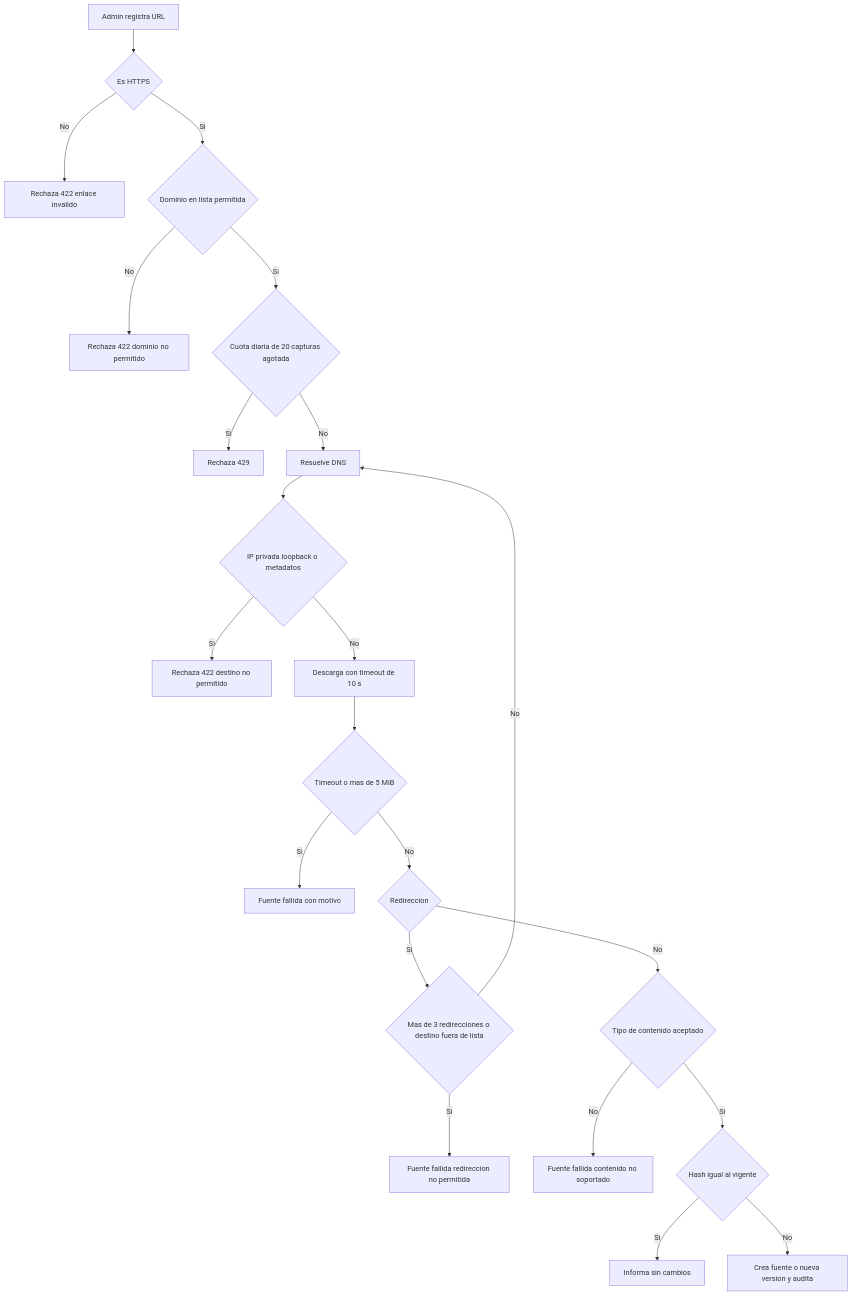
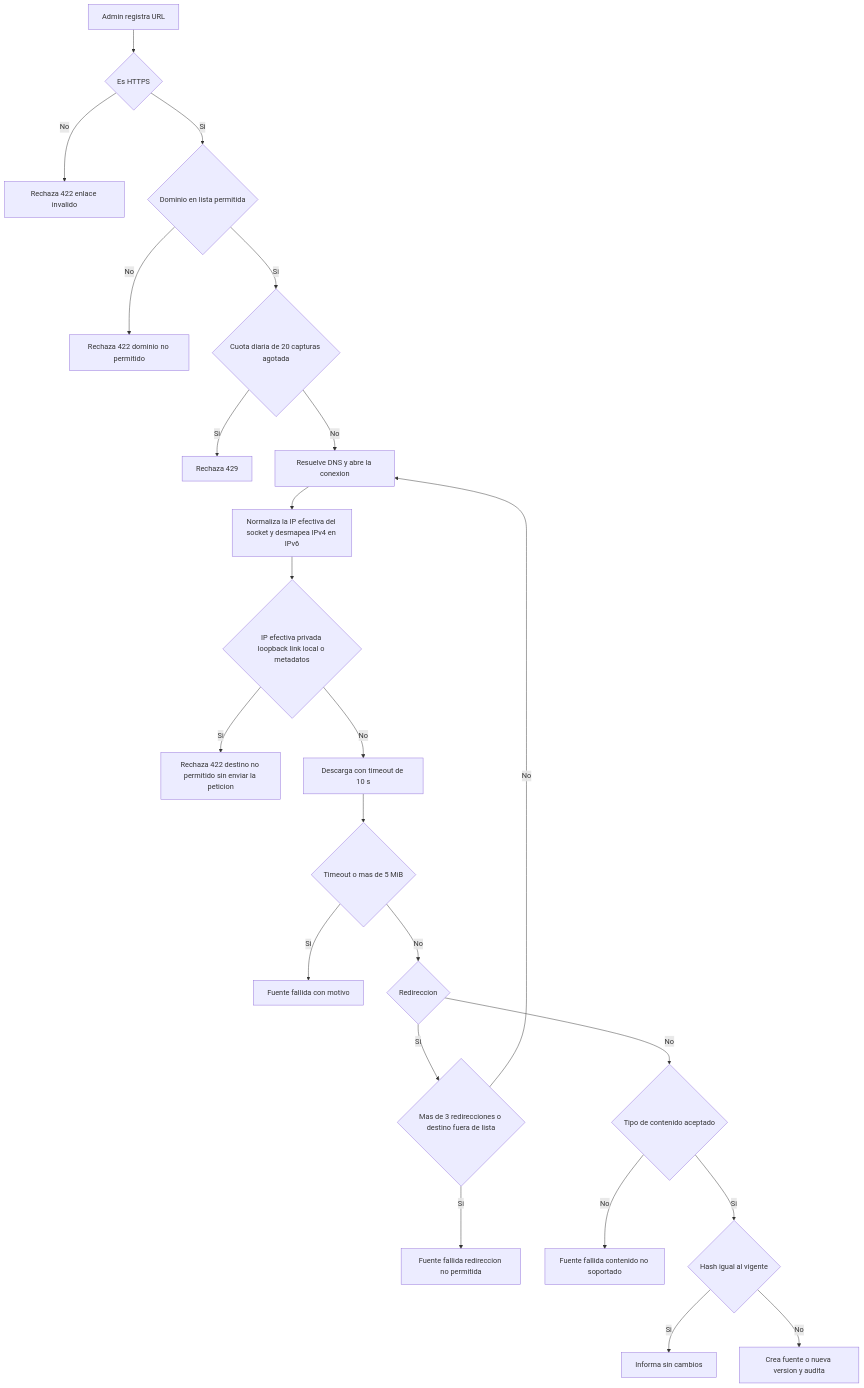
One commit to bacsystem/learning changed the diagram in docs/stories/serums-ia/E2-04-ingesta-url.md. Above: the diagram before and after it, drawn with Mermaid. The commit also changed other lines of this file and 11 other files, not shown here.

````diff
--- a/docs/stories/serums-ia/E2-04-ingesta-url.md
+++ b/docs/stories/serums-ia/E2-04-ingesta-url.md
@@ -28,24 +31,25 @@
 ```mermaid
 flowchart TD
   A[Admin registra URL] --> B{Es HTTPS}
   B -- No --> X1[Rechaza 422 enlace invalido]
   B -- Si --> C{Dominio en lista permitida}
   C -- No --> X2[Rechaza 422 dominio no permitido]
   C -- Si --> D{Cuota diaria de 20 capturas agotada}
   D -- Si --> X3[Rechaza 429]
-  D -- No --> E[Resuelve DNS]
-  E --> F{IP privada loopback o metadatos}
-  F -- Si --> X4[Rechaza 422 destino no permitido]
+  D -- No --> E[Resuelve DNS y abre la conexion]
+  E --> E1[Normaliza la IP efectiva del socket y desmapea IPv4 en IPv6]
+  E1 --> F{IP efectiva privada loopback link local o metadatos}
+  F -- Si --> X4[Rechaza 422 destino no permitido sin enviar la peticion]
   F -- No --> G[Descarga con timeout de 10 s]
   G --> H{Timeout o mas de 5 MiB}
   H -- Si --> X5[Fuente fallida con motivo]
   H -- No --> I{Redireccion}
   I -- Si --> J{Mas de 3 redirecciones o destino fuera de lista}
   J -- Si --> X6[Fuente fallida redireccion no permitida]
   J -- No --> E
   I -- No --> K{Tipo de contenido aceptado}
   K -- No --> X7[Fuente fallida contenido no soportado]
   K -- Si --> L{Hash igual al vigente}
   L -- Si --> M[Informa sin cambios]
   L -- No --> N[Crea fuente o nueva version y audita]
 ```
````
